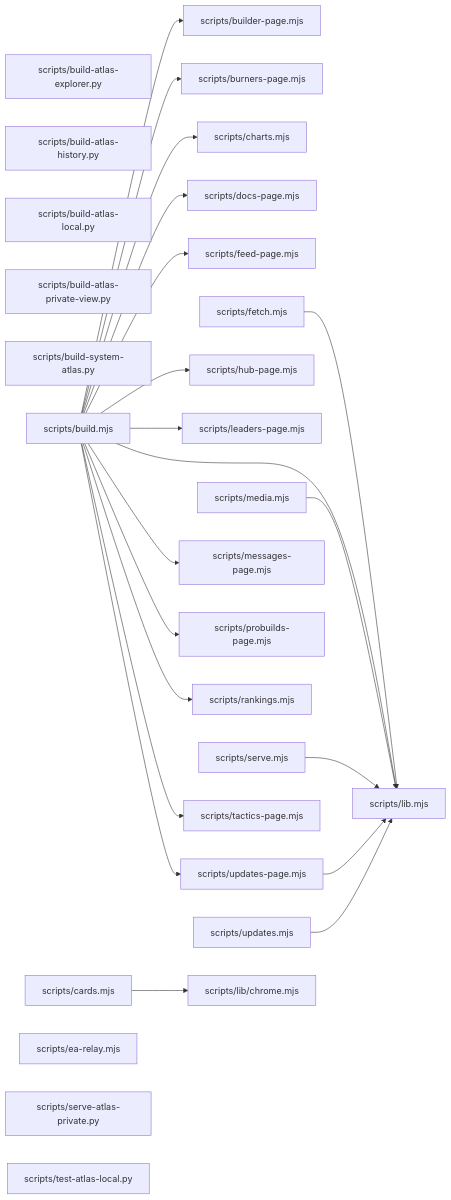
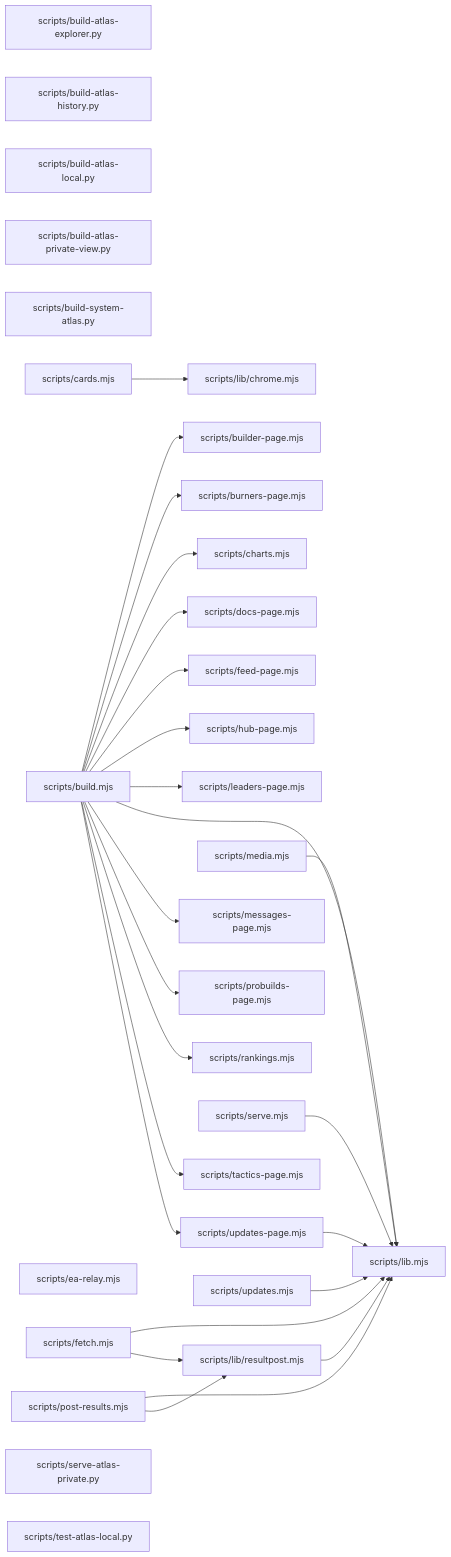
One commit to devroadtosucces15-boop/Norex-United-FC changed the diagram in PLANNING/system-atlas/layer-scripts.md. Above: the diagram before and after it, drawn with Mermaid. The commit also changed 7 other files, not shown here.

````diff
--- a/PLANNING/system-atlas/layer-scripts.md
+++ b/PLANNING/system-atlas/layer-scripts.md
@@ -5,50 +5,56 @@
 ```mermaid
 flowchart LR
   n0["scripts/build-atlas-explorer.py"]
   n1["scripts/build-atlas-history.py"]
   n2["scripts/build-atlas-local.py"]
   n3["scripts/build-atlas-private-view.py"]
   n4["scripts/build-system-atlas.py"]
   n5["scripts/build.mjs"]
   n6["scripts/builder-page.mjs"]
   n7["scripts/burners-page.mjs"]
   n8["scripts/cards.mjs"]
   n9["scripts/charts.mjs"]
   n10["scripts/docs-page.mjs"]
   n11["scripts/ea-relay.mjs"]
   n12["scripts/feed-page.mjs"]
   n13["scripts/fetch.mjs"]
   n14["scripts/hub-page.mjs"]
   n15["scripts/leaders-page.mjs"]
   n16["scripts/lib.mjs"]
   n17["scripts/lib/chrome.mjs"]
-  n18["scripts/media.mjs"]
-  n19["scripts/messages-page.mjs"]
-  n20["scripts/probuilds-page.mjs"]
-  n21["scripts/rankings.mjs"]
-  n22["scripts/serve-atlas-private.py"]
-  n23["scripts/serve.mjs"]
-  n24["scripts/tactics-page.mjs"]
-  n25["scripts/test-atlas-local.py"]
-  n26["scripts/updates-page.mjs"]
-  n27["scripts/updates.mjs"]
+  n18["scripts/lib/resultpost.mjs"]
+  n19["scripts/media.mjs"]
+  n20["scripts/messages-page.mjs"]
+  n21["scripts/post-results.mjs"]
+  n22["scripts/probuilds-page.mjs"]
+  n23["scripts/rankings.mjs"]
+  n24["scripts/serve-atlas-private.py"]
+  n25["scripts/serve.mjs"]
+  n26["scripts/tactics-page.mjs"]
+  n27["scripts/test-atlas-local.py"]
+  n28["scripts/updates-page.mjs"]
+  n29["scripts/updates.mjs"]
   n5 --> n6
   n5 --> n7
   n5 --> n9
   n5 --> n10
   n5 --> n12
   n5 --> n14
   n5 --> n15
   n5 --> n16
-  n5 --> n19
   n5 --> n20
-  n5 --> n21
-  n5 --> n24
+  n5 --> n22
+  n5 --> n23
   n5 --> n26
+  n5 --> n28
   n8 --> n17
   n13 --> n16
+  n13 --> n18
   n18 --> n16
-  n23 --> n16
-  n26 --> n16
-  n27 --> n16
+  n19 --> n16
+  n21 --> n16
+  n21 --> n18
+  n25 --> n16
+  n28 --> n16
+  n29 --> n16
 ```
````
